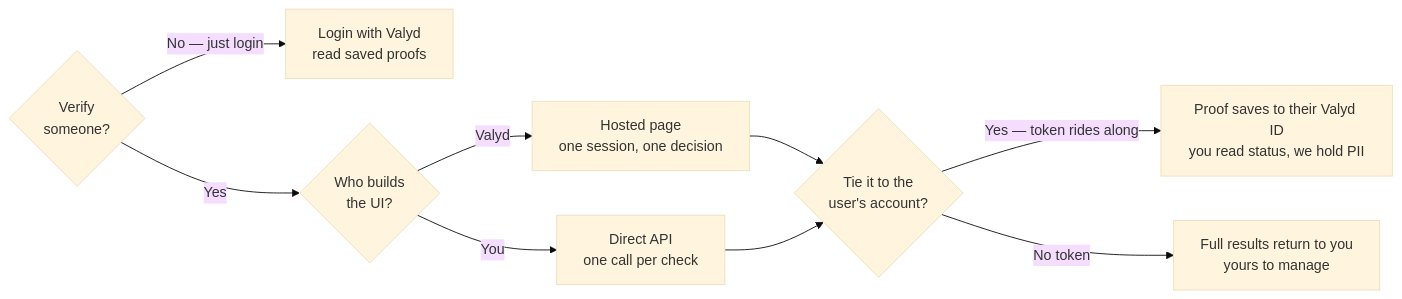
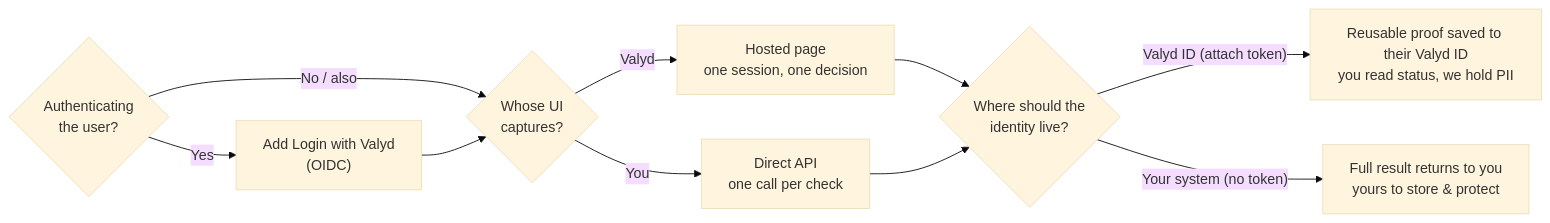
One commit to valyd-id/documentation changed the diagram in content/docs/choose.md. Above: the diagram before and after it, drawn with Mermaid (base theme). The commit also changed other lines of this file and 3 other files, not shown here.

````diff
--- a/content/docs/choose.md
+++ b/content/docs/choose.md
@@ -6,12 +12,13 @@
 ```mermaid
 flowchart LR
-    Q1{"Verify<br/>someone?"}
-    Q1 -->|No — just login| LOGIN["Login with Valyd<br/>read saved proofs"]
-    Q1 -->|Yes| Q2{"Who builds<br/>the UI?"}
+    Q1{"Authenticating<br/>the user?"}
+    Q1 -->|Yes| LOGIN["Add Login with Valyd<br/>(OIDC)"]
+    Q1 -->|"No / also"| Q2{"Whose UI<br/>captures?"}
+    LOGIN --> Q2
     Q2 -->|Valyd| H["Hosted page<br/>one session, one decision"]
     Q2 -->|You| C["Direct API<br/>one call per check"]
-    H --> Q3{"Tie it to the<br/>user's account?"}
+    H --> Q3{"Where should the<br/>identity live?"}
     C --> Q3
-    Q3 -->|"Yes — token rides along"| M["Proof saves to their Valyd ID<br/>you read status, we hold PII"]
-    Q3 -->|No token| S["Full results return to you<br/>yours to manage"]
+    Q3 -->|"Valyd ID (attach token)"| M["Reusable proof saved to their Valyd ID<br/>you read status, we hold PII"]
+    Q3 -->|"Your system (no token)"| S["Full result returns to you<br/>yours to store & protect"]
 ```
````
